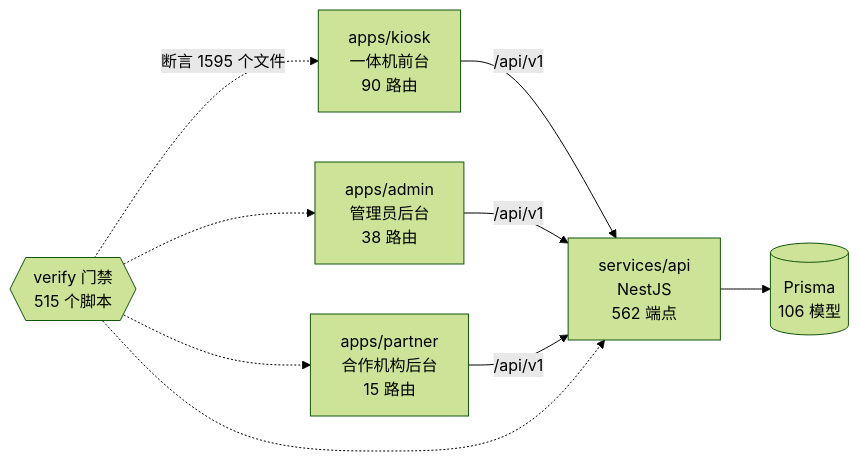
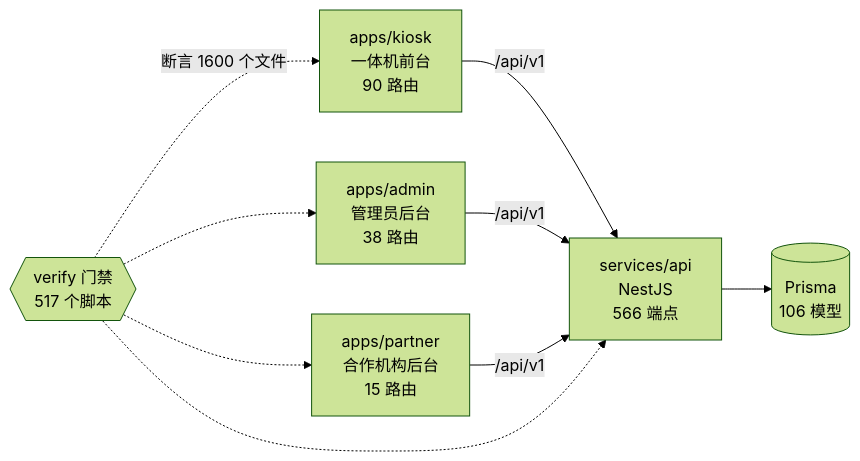
The diagram in docs/graph/README.md (wanglei581/YITIJI), drawn with Mermaid (forest theme) before and after one commit. The commit also changed other lines of this file and 4 other files, not shown here.

Commit message:
chore(graph): 并入候选后重新生成

````diff
--- a/docs/graph/README.md
+++ b/docs/graph/README.md
@@ -68,18 +68,18 @@
 ```mermaid
 flowchart LR
   kiosk["apps/kiosk<br/>一体机前台<br/>90 路由"]
   admin["apps/admin<br/>管理员后台<br/>38 路由"]
   partner["apps/partner<br/>合作机构后台<br/>15 路由"]
-  api["services/api<br/>NestJS<br/>562 端点"]
+  api["services/api<br/>NestJS<br/>566 端点"]
   db[("Prisma<br/>106 模型")]
-  gates{{"verify 门禁<br/>515 个脚本"}}
+  gates{{"verify 门禁<br/>517 个脚本"}}
 
   kiosk -->|"/api/v1"| api
   admin -->|"/api/v1"| api
   partner -->|"/api/v1"| api
   api --> db
-  gates -.->|"断言 1595 个文件"| kiosk
+  gates -.->|"断言 1600 个文件"| kiosk
   gates -.-> admin
   gates -.-> partner
   gates -.-> api
 ```
````
